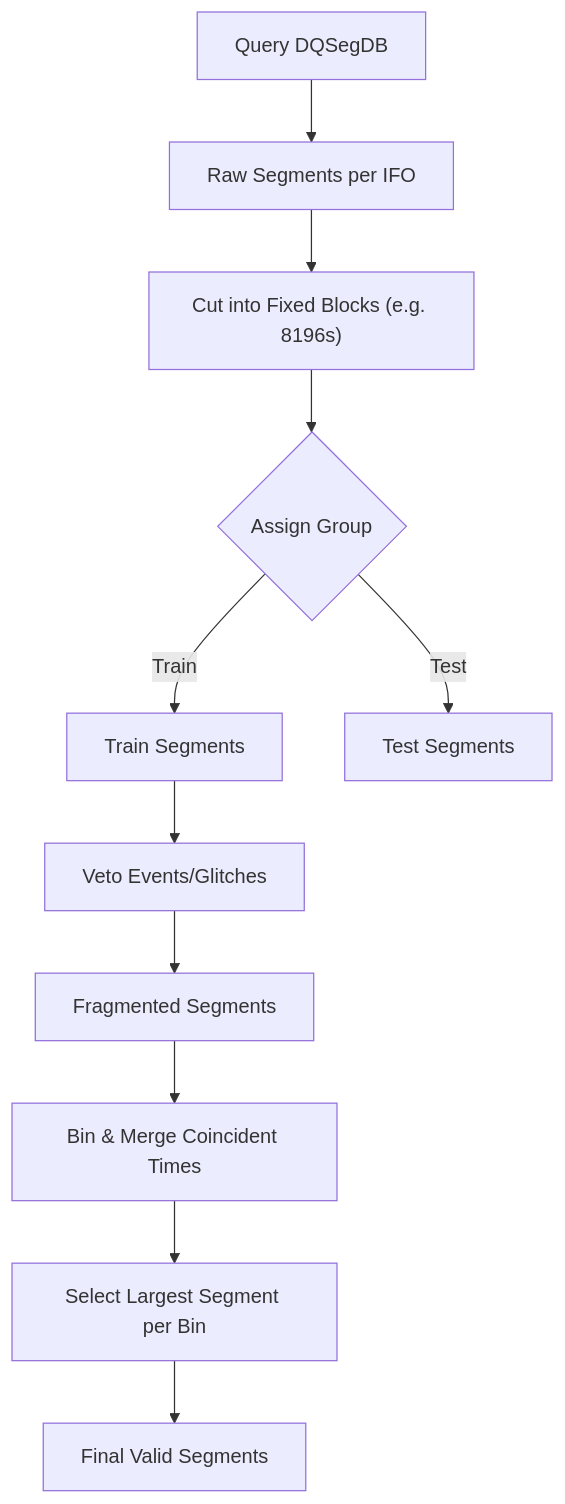
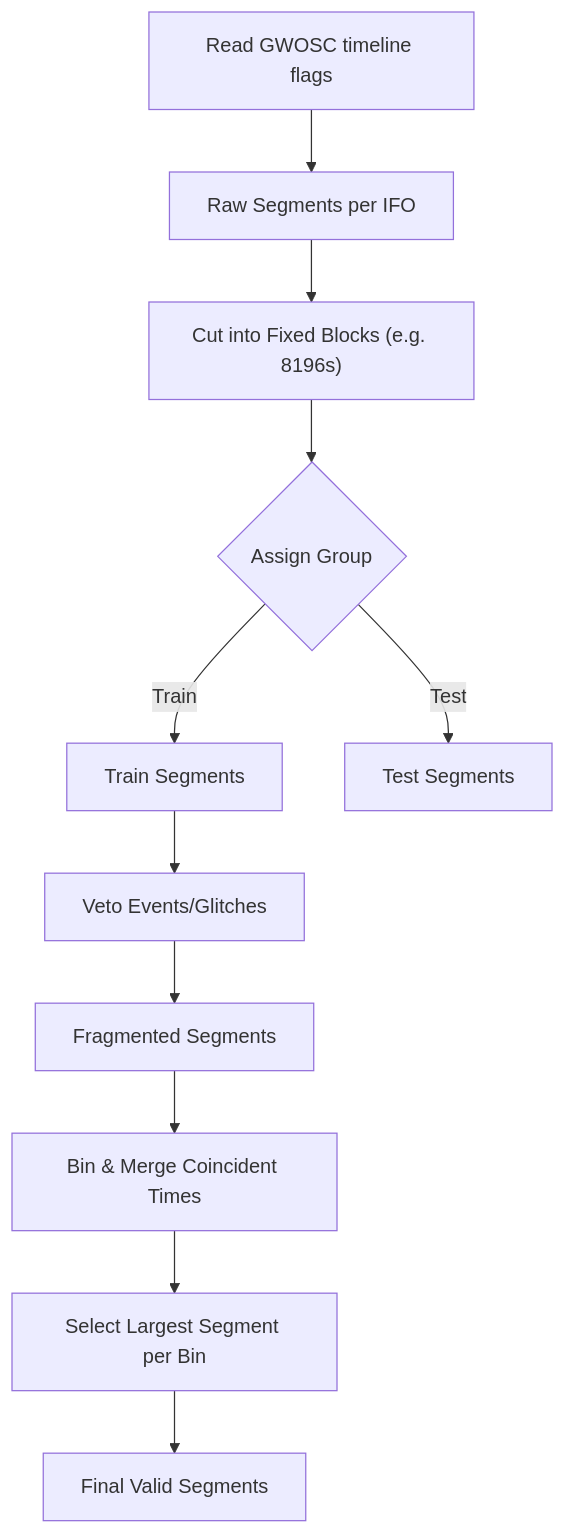
One commit to mrknorman/gravyflow changed the diagram in docs/acquisition.md. Above: the diagram before and after it, drawn with Mermaid. The commit also changed other lines of this file and 7 other files, not shown here.

````diff
--- a/docs/acquisition.md
+++ b/docs/acquisition.md
@@ -58,13 +77,13 @@
 ```mermaid
 graph TD
-    A["Query DQSegDB"] --> B["Raw Segments per IFO"]
+    A["Read GWOSC timeline flags"] --> B["Raw Segments per IFO"]
     B --> C["Cut into Fixed Blocks (e.g. 8196s)"]
     C --> D{"Assign Group"}
     D -- Train --> E["Train Segments"]
     D -- Test --> F["Test Segments"]
     E --> G["Veto Events/Glitches"]
     G --> H["Fragmented Segments"]
     H --> I["Bin & Merge Coincident Times"]
     I --> J["Select Largest Segment per Bin"]
     J --> K["Final Valid Segments"]
 ```
````
